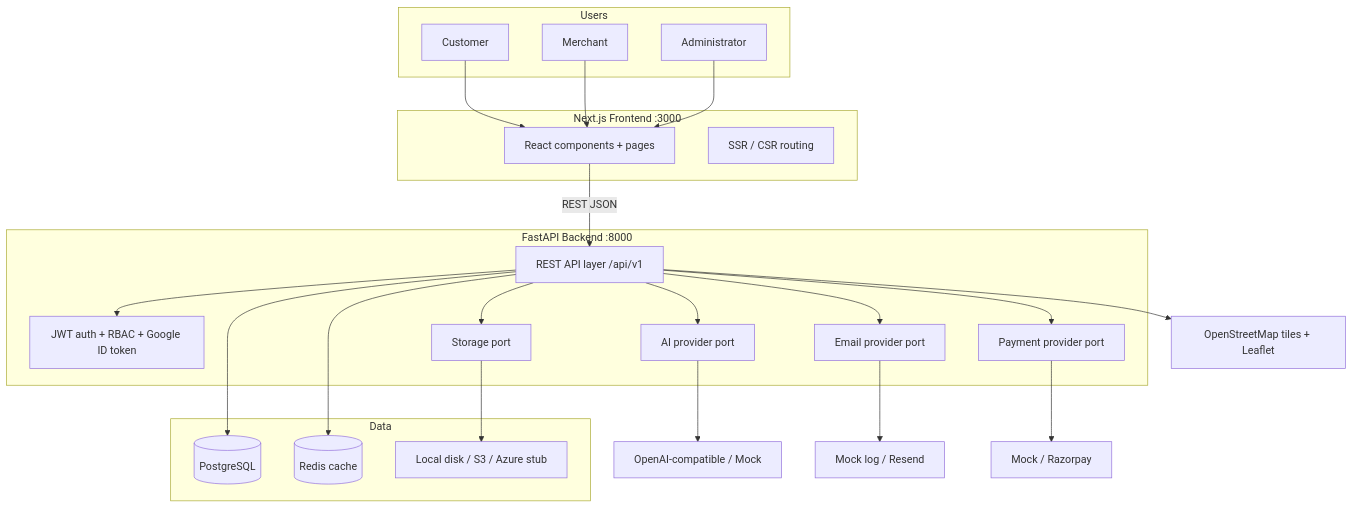
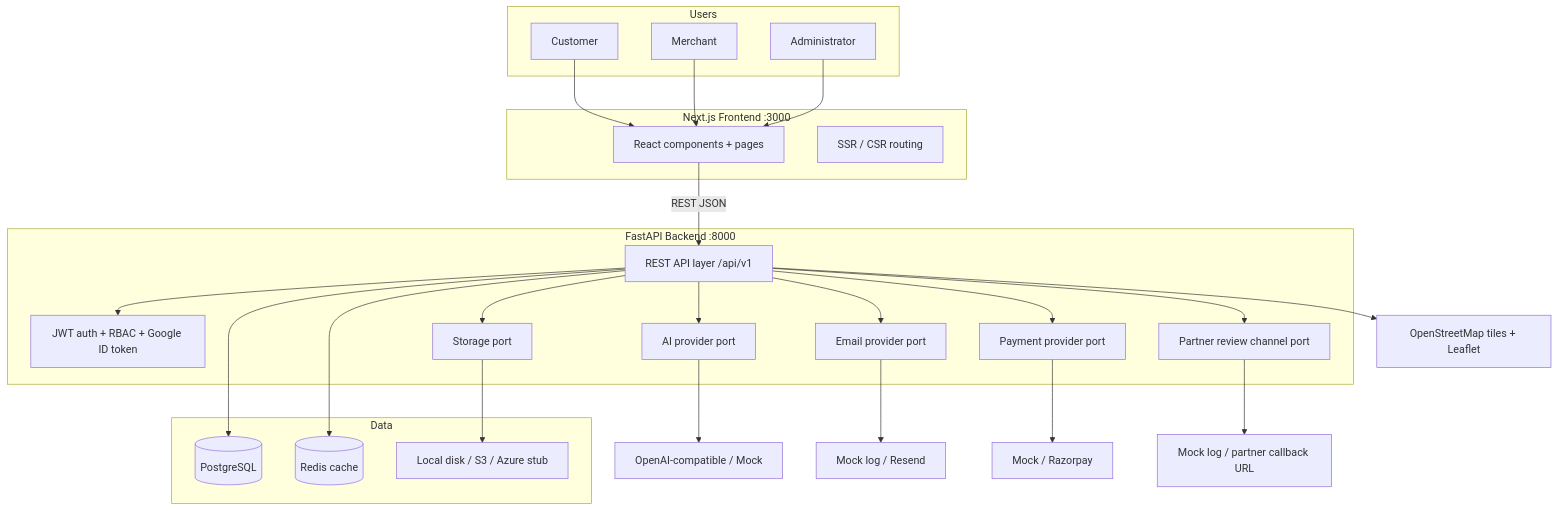
Before and after one commit to krishnaviswa/MEngPlat: the third of 24 diagrams in README.md, drawn with Mermaid. The commit also changed other lines of this file and 32 other files, not shown here.

First line of the commit message:
feat(S-123): partner review channel — end-to-end mock loop

````diff
--- a/README.md
+++ b/README.md
@@ -220,45 +220,48 @@
 ```mermaid
 flowchart TB
     subgraph Users
         C[Customer]
         M[Merchant]
         A[Administrator]
     end
 
     subgraph Frontend["Next.js Frontend :3000"]
         UI[React components + pages]
         SSR[SSR / CSR routing]
     end
 
     subgraph Backend["FastAPI Backend :8000"]
         API[REST API layer /api/v1]
         AUTH[JWT auth + RBAC + Google ID token]
         AI[AI provider port]
         STORAGE[Storage port]
         MAIL[Email provider port]
         PAY[Payment provider port]
+        PARTNER[Partner review channel port]
     end
 
     subgraph Data
         PG[(PostgreSQL)]
         RD[(Redis cache)]
         FS[Local disk / S3 / Azure stub]
     end
 
     C --> UI
     M --> UI
     A --> UI
     UI -->|REST JSON| API
     API --> AUTH
     API --> PG
     API --> RD
     API --> AI
     API --> STORAGE
     API --> MAIL
     API --> PAY
+    API --> PARTNER
     STORAGE --> FS
     AI --> LLM[OpenAI-compatible / Mock]
     MAIL --> MailVend[Mock log / Resend]
     PAY --> PayVend[Mock / Razorpay]
+    PARTNER --> PartnerVend[Mock log / partner callback URL]
     API --> Maps[OpenStreetMap tiles + Leaflet]
 ```
````
